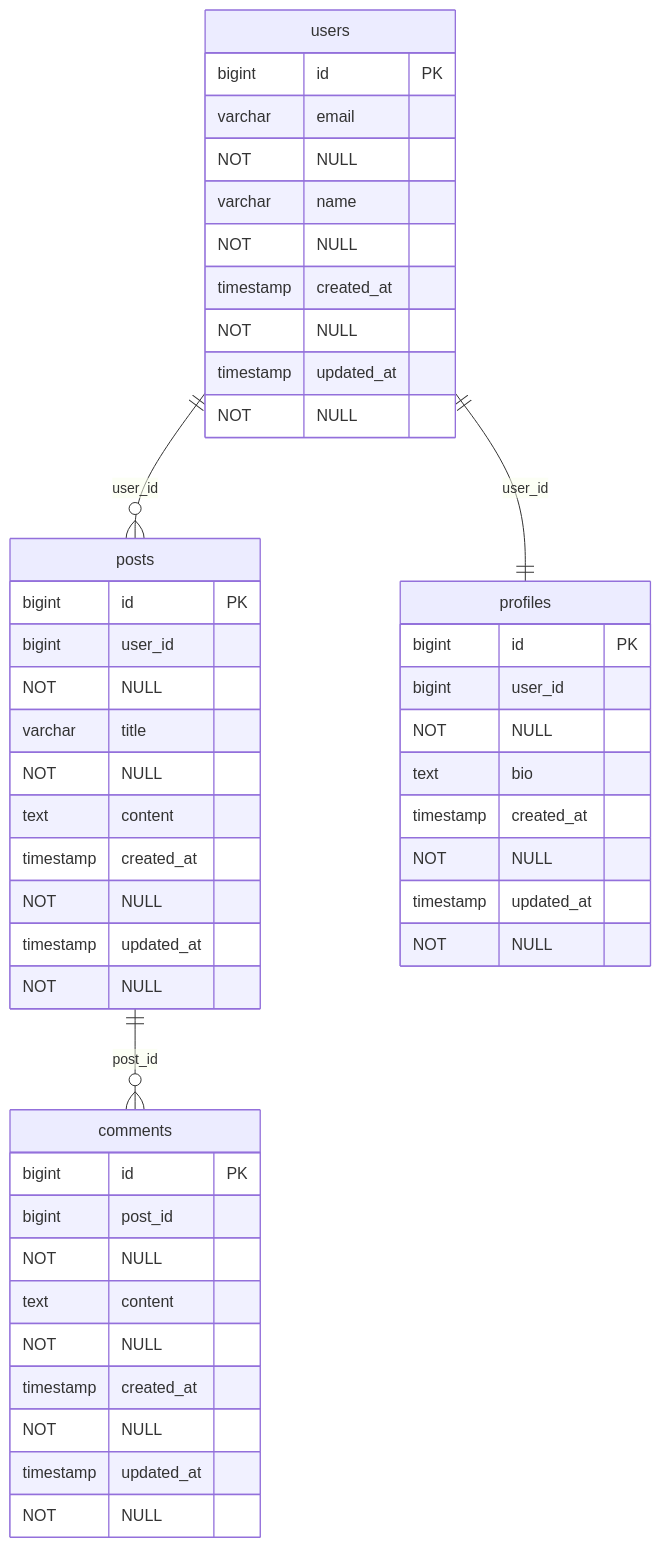
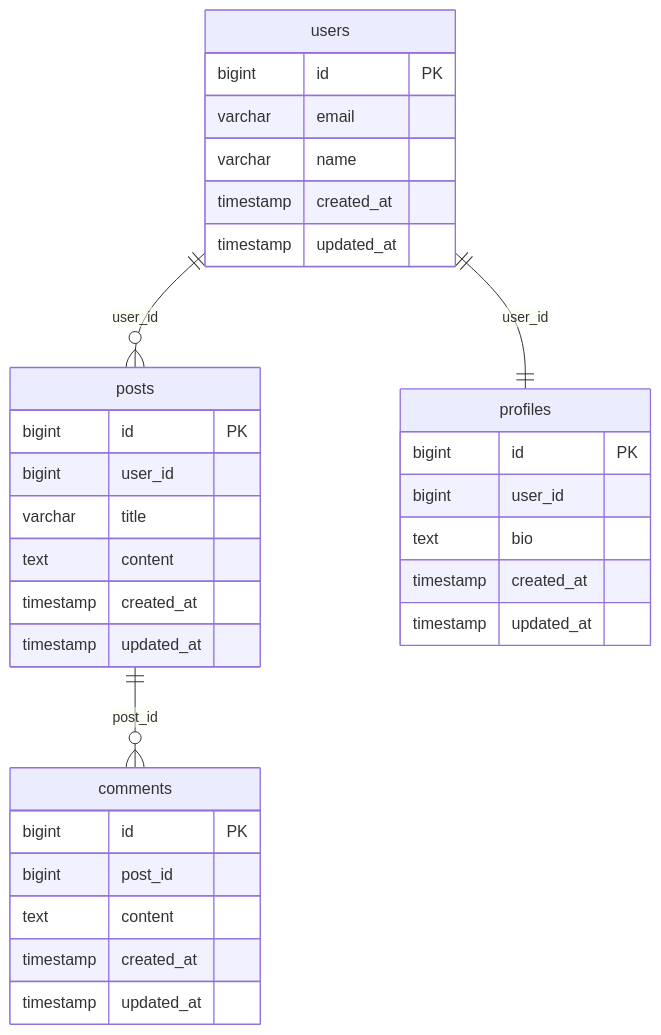
The diagram in README.md (delexw/mermaid_rails_erd), drawn with Mermaid before and after one commit. The commit also changed other lines of this file and 5 other files, not shown here.

````diff
--- a/README.md
+++ b/README.md
@@ -160,39 +106,39 @@
 ```mermaid
 erDiagram
   users {
     bigint id PK
-    varchar email NOT NULL
-    varchar name NOT NULL
-    timestamp created_at NOT NULL
-    timestamp updated_at NOT NULL
+    varchar email
+    varchar name
+    timestamp created_at
+    timestamp updated_at
   }
   
   posts {
     bigint id PK
-    bigint user_id NOT NULL
-    varchar title NOT NULL
+    bigint user_id
+    varchar title
     text content
-    timestamp created_at NOT NULL
-    timestamp updated_at NOT NULL
+    timestamp created_at
+    timestamp updated_at
   }
   
   comments {
     bigint id PK
-    bigint post_id NOT NULL
-    text content NOT NULL
-    timestamp created_at NOT NULL
-    timestamp updated_at NOT NULL
+    bigint post_id
+    text content
+    timestamp created_at
+    timestamp updated_at
   }
   
   profiles {
     bigint id PK
-    bigint user_id NOT NULL
+    bigint user_id
     text bio
-    timestamp created_at NOT NULL
-    timestamp updated_at NOT NULL
+    timestamp created_at
+    timestamp updated_at
   }
   
   users ||--o{ posts : "user_id"
   posts ||--o{ comments : "post_id"
   users ||--|| profiles : "user_id"
 ```
````
